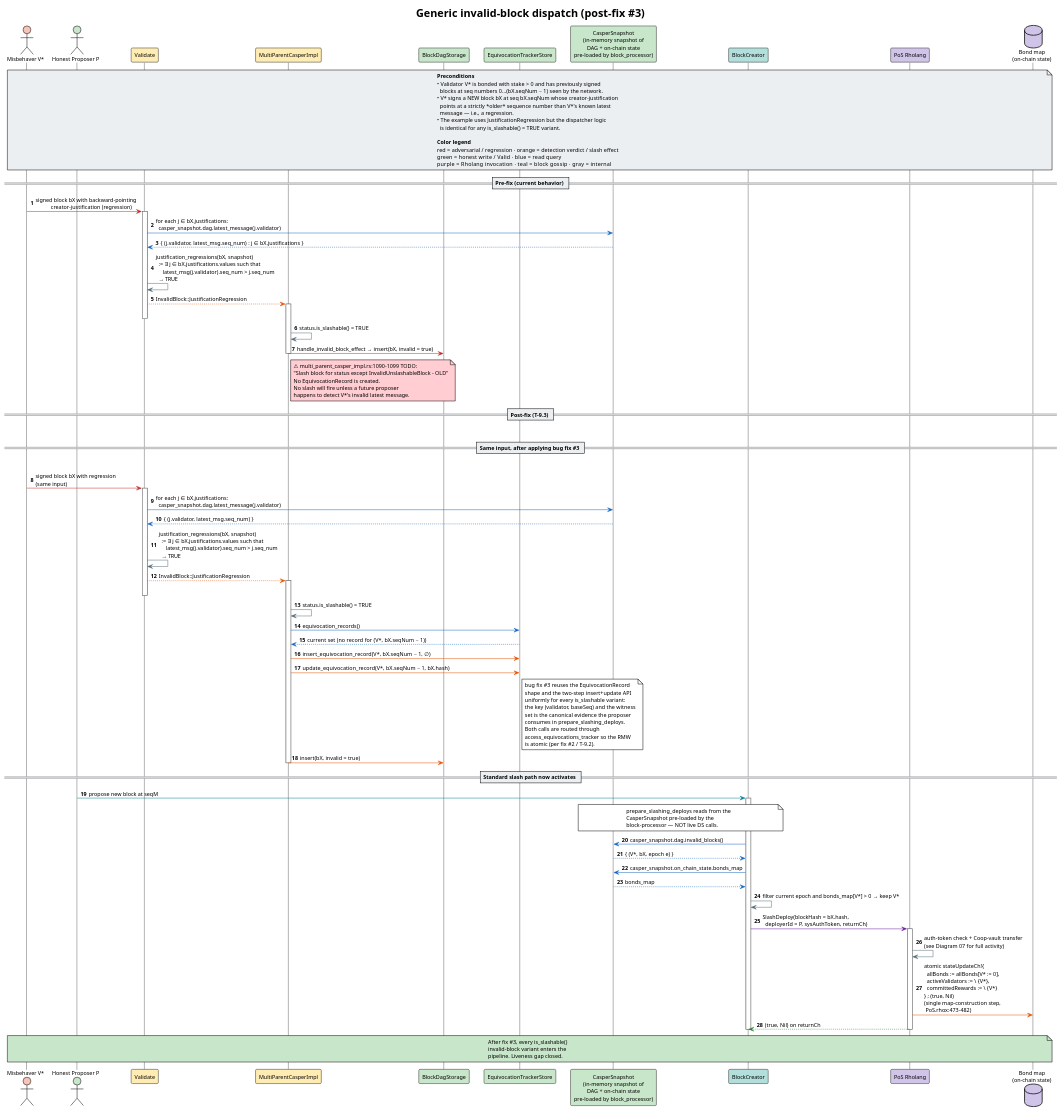
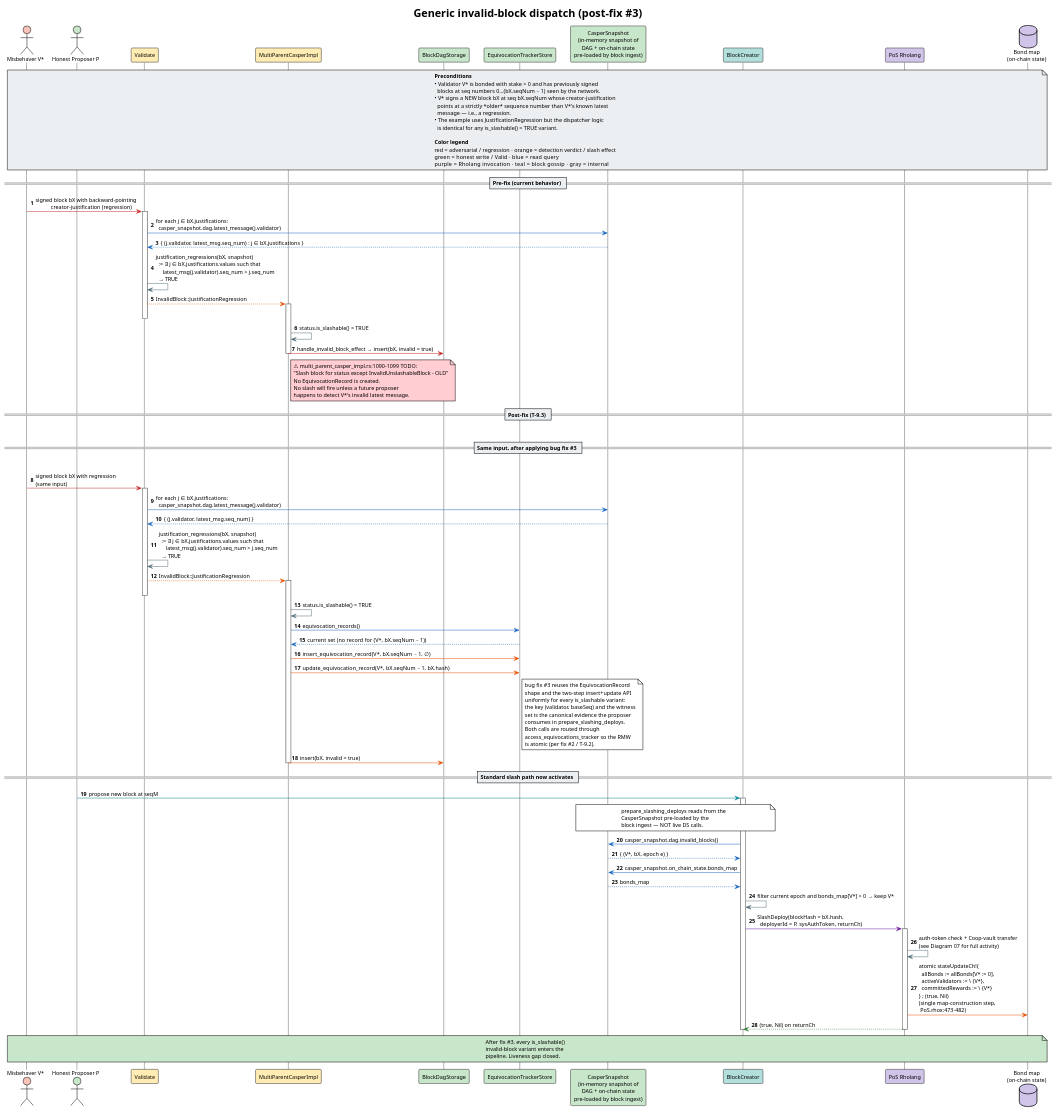
Before and after one commit to F1R3FLY-io/f1r3node-rust: the diagram in docs/casper/theory/slashing/diagrams/05-seq-invalid-block-dispatch-fixed.puml, drawn with PlantUML. The commit also changed 25 other files, not shown here.

Commit message:
Document block ingest and retire the buffer-to-DAG transition proof

```diff
--- a/docs/casper/theory/slashing/diagrams/05-seq-invalid-block-dispatch-fixed.puml
+++ b/docs/casper/theory/slashing/diagrams/05-seq-invalid-block-dispatch-fixed.puml
@@ -22,124 +22,124 @@
 @startuml 05-seq-invalid-block-dispatch-fixed
 !theme plain
 
 title Generic invalid-block dispatch (post-fix #3)
 
 skinparam sequence {
   ArrowColor              #444444
   LifeLineBorderColor     #666666
   ParticipantBorderColor  #333333
   NoteBorderColor         #666666
   NoteBackgroundColor     #FFF8E1
   DividerBackgroundColor  #ECEFF1
 }
 skinparam defaultFontName "sans-serif"
 skinparam defaultFontSize 11
 
 autonumber
 
 actor       "Misbehaver V*"          as Vact #F8C3B8
 actor       "Honest Proposer P"      as P    #C8E6C9
 participant "Validate"               as V    #FFECB3
 participant "MultiParentCasperImpl"  as C    #FFECB3
 participant "BlockDagStorage"        as DS   #C8E6C9
 participant "EquivocationTrackerStore" as T  #C8E6C9
-participant "CasperSnapshot\n(in-memory snapshot of\nDAG + on-chain state\npre-loaded by block_processor)" as CS #C8E6C9
+participant "CasperSnapshot\n(in-memory snapshot of\nDAG + on-chain state\npre-loaded by block ingest)" as CS #C8E6C9
 participant "BlockCreator"           as BC   #B2DFDB
 participant "PoS Rholang"            as PoS  #D1C4E9
 database    "Bond map\n(on-chain state)" as Bm   #D1C4E9
 
 note over Vact, Bm #ECEFF1
   **Preconditions**
   • Validator V* is bonded with stake > 0 and has previously signed
     blocks at seq numbers 0…(bX.seqNum − 1) seen by the network.
   • V* signs a NEW block bX at seq bX.seqNum whose creator-justification
     points at a strictly *older* sequence number than V*'s known latest
     message — i.e., a regression.
   • The example uses JustificationRegression but the dispatcher logic
     is identical for any is_slashable() = TRUE variant.
 
   **Color legend**
   red = adversarial / regression  ·  orange = detection verdict / slash effect
   green = honest write / Valid    ·  blue = read query
   purple = Rholang invocation     ·  teal = block gossip   ·  gray = internal
 end note
 
 == Pre-fix (current behavior) ==
 
 Vact -[#C62828]> V ++ : signed block bX with backward-pointing\n           creator-justification (regression)
 V -[#1565C0]> CS  : for each j ∈ bX.justifications:\n  casper_snapshot.dag.latest_message(j.validator)
 CS -[#1565C0]-> V : { (j.validator, latest_msg.seq_num) : j ∈ bX.justifications }
 V -[#546E7A]> V   : justification_regressions(bX, snapshot)\n  := ∃ j ∈ bX.justifications.values such that\n     latest_msg(j.validator).seq_num > j.seq_num\n  → TRUE
 V -[#E65100]-> C ++ : InvalidBlock::JustificationRegression
 deactivate V
 
 C -[#546E7A]> C   : status.is_slashable() = TRUE
 C -[#C62828]> DS  : handle_invalid_block_effect → insert(bX, invalid = true)
 note right of C #FFCDD2
   ⚠ multi_parent_casper_impl.rs:1090-1099 TODO:
   "Slash block for status except InvalidUnslashableBlock - OLD"
   No EquivocationRecord is created.
   No slash will fire unless a future proposer
   happens to detect V*'s invalid latest message.
 end note
 deactivate C
 
 == Post-fix (T-9.3) ==
 
 |||
 == Same input, after applying bug fix #3 ==
 |||
 
 Vact -[#C62828]> V ++ : signed block bX with regression\n(same input)
 V -[#1565C0]> CS  : for each j ∈ bX.justifications:\n  casper_snapshot.dag.latest_message(j.validator)
 CS -[#1565C0]-> V : { (j.validator, latest_msg.seq_num) }
 V -[#546E7A]> V   : justification_regressions(bX, snapshot)\n  := ∃ j ∈ bX.justifications.values such that\n     latest_msg(j.validator).seq_num > j.seq_num\n  → TRUE
 V -[#E65100]-> C ++ : InvalidBlock::JustificationRegression
 deactivate V
 
 ' Fix: dispatcher branches on is_slashable() and creates a record
 C -[#546E7A]> C   : status.is_slashable() = TRUE
 C -[#1565C0]> T   : equivocation_records()
 T -[#1565C0]-> C  : current set (no record for (V*, bX.seqNum − 1))
 C -[#E65100]> T   : insert_equivocation_record(V*, bX.seqNum − 1, ∅)
 C -[#E65100]> T   : update_equivocation_record(V*, bX.seqNum − 1, bX.hash)
 note right of T
   bug fix #3 reuses the EquivocationRecord
   shape and the two-step insert+update API
   uniformly for every is_slashable variant:
   the key (validator, baseSeq) and the witness
   set is the canonical evidence the proposer
   consumes in prepare_slashing_deploys.
   Both calls are routed through
   access_equivocations_tracker so the RMW
   is atomic (per fix #2 / T-9.2).
 end note
 C -[#E65100]> DS  : insert(bX, invalid = true)
 deactivate C
 
 == Standard slash path now activates ==
 
 P -[#00838F]> BC ++ : propose new block at seqM
 note over BC, CS
   prepare_slashing_deploys reads from the
   CasperSnapshot pre-loaded by the
-  block-processor — NOT live DS calls.
+  block ingest — NOT live DS calls.
 end note
 BC -[#1565C0]> CS  : casper_snapshot.dag.invalid_blocks()
 CS -[#1565C0]-> BC : { (V*, bX, epoch e) }
 BC -[#1565C0]> CS  : casper_snapshot.on_chain_state.bonds_map
 CS -[#1565C0]-> BC : bonds_map
 BC -[#546E7A]> BC  : filter current epoch and bonds_map[V*] > 0 → keep V*
 BC -[#6A1B9A]> PoS ++ : SlashDeploy(blockHash = bX.hash,\n  deployerId = P, sysAuthToken, returnCh)
 PoS -[#546E7A]> PoS  : auth-token check + Coop-vault transfer\n(see Diagram 07 for full activity)
 PoS -[#E65100]> Bm   : atomic stateUpdateCh!{\n  allBonds := allBonds[V* := 0],\n  activeValidators := \\ {V*},\n  committedRewards := \\ {V*}\n} ; (true, Nil)\n(single map-construction step,\n PoS.rhox:473-482)
 PoS -[#2E7D32]-> BC -- : (true, Nil) on returnCh
 deactivate BC
 
 note over Vact, Bm #C8E6C9
   After fix #3, every is_slashable()
   invalid-block variant enters the
   pipeline. Liveness gap closed.
 end note
 
 @enduml
```
